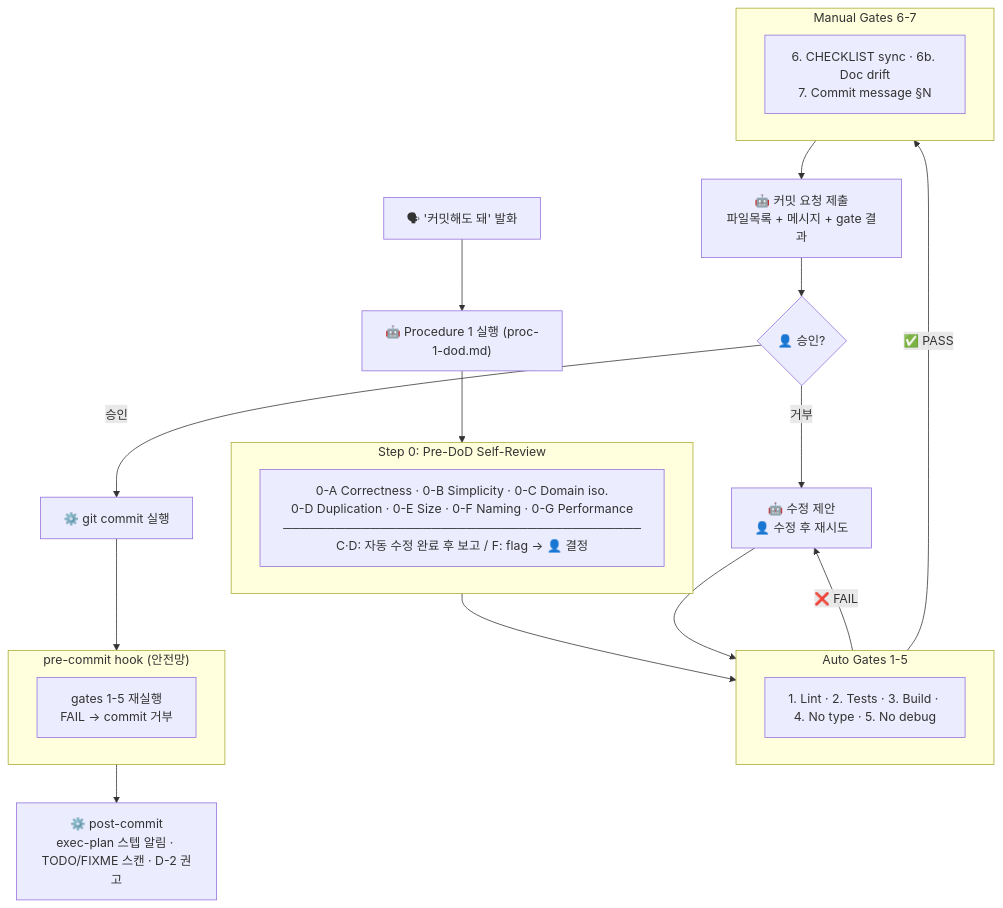
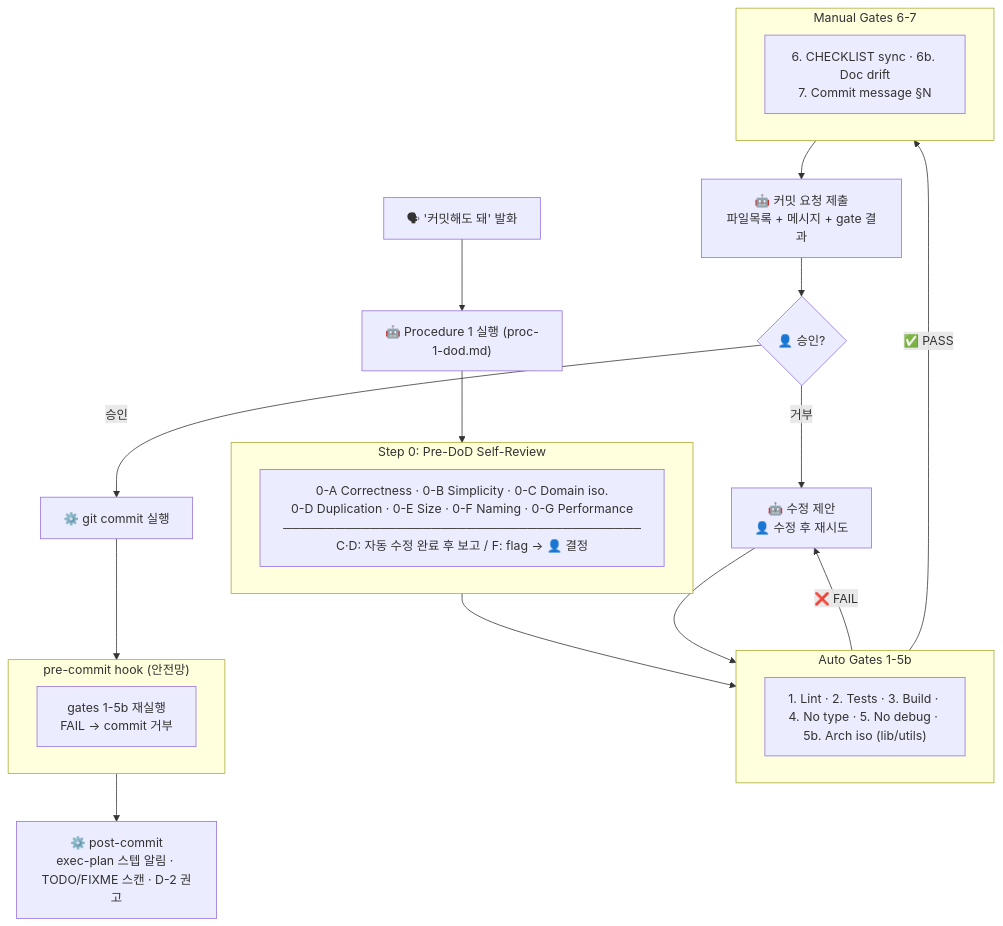
One commit to JayKim88/craft-kit changed the fourth of 7 diagrams in docs/GUIDE.md. Above: the diagram before and after it, drawn with Mermaid. The commit also changed other lines of this file and 14 other files, not shown here.

````diff
--- a/docs/GUIDE.md
+++ b/docs/GUIDE.md
@@ -101,38 +101,38 @@
 ```mermaid
 flowchart TD
     Trigger["🗣 '커밋해도 돼' 발화"]
     Proc1["🤖 Procedure 1 실행 (proc-1-dod.md)"]
 
     subgraph sr["Step 0: Pre-DoD Self-Review"]
         direction LR
         SR["0-A Correctness · 0-B Simplicity · 0-C Domain iso.\n0-D Duplication · 0-E Size · 0-F Naming · 0-G Performance\n─────────────────────────────────────────\nC·D: 자동 수정 완료 후 보고 / F: flag → 👤 결정"]
     end
 
-    subgraph ag["Auto Gates 1-5"]
+    subgraph ag["Auto Gates 1-5b"]
         direction LR
-        AG["1. Lint · 2. Tests · 3. Build · 4. No type · 5. No debug"]
+        AG["1. Lint · 2. Tests · 3. Build · 4. No type · 5. No debug · 5b. Arch iso (lib/utils)"]
     end
 
     subgraph mg["Manual Gates 6-7"]
         direction LR
         MG["6. CHECKLIST sync · 6b. Doc drift\n7. Commit message §N"]
     end
 
     Fix["🤖 수정 제안\n👤 수정 후 재시도"]
     Submit["🤖 커밋 요청 제출\n파일목록 + 메시지 + gate 결과"]
     Approve{"👤 승인?"}
     Commit["⚙️ git commit 실행"]
 
     subgraph hook["pre-commit hook (안전망)"]
         direction LR
-        HC["gates 1-5 재실행\nFAIL → commit 거부"]
+        HC["gates 1-5b 재실행\nFAIL → commit 거부"]
     end
 
     Post["⚙️ post-commit\nexec-plan 스텝 알림 · TODO/FIXME 스캔 · D-2 권고"]
 
     Trigger --> Proc1 --> sr --> ag
     ag -- "❌ FAIL" --> Fix --> ag
     ag -- "✅ PASS" --> mg --> Submit --> Approve
     Approve -- "거부" --> Fix
     Approve -- "승인" --> Commit --> hook --> Post
 ```
````
